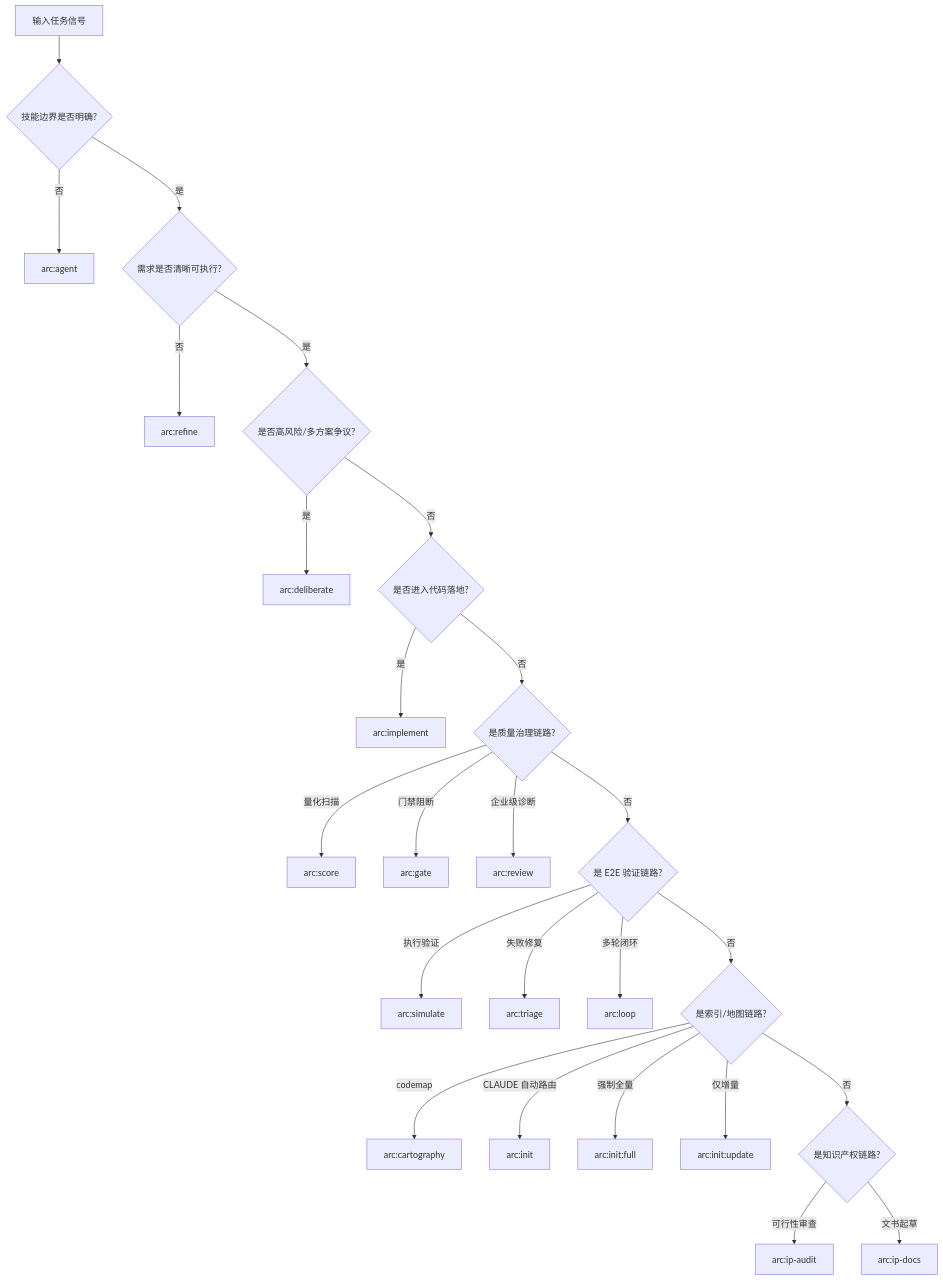
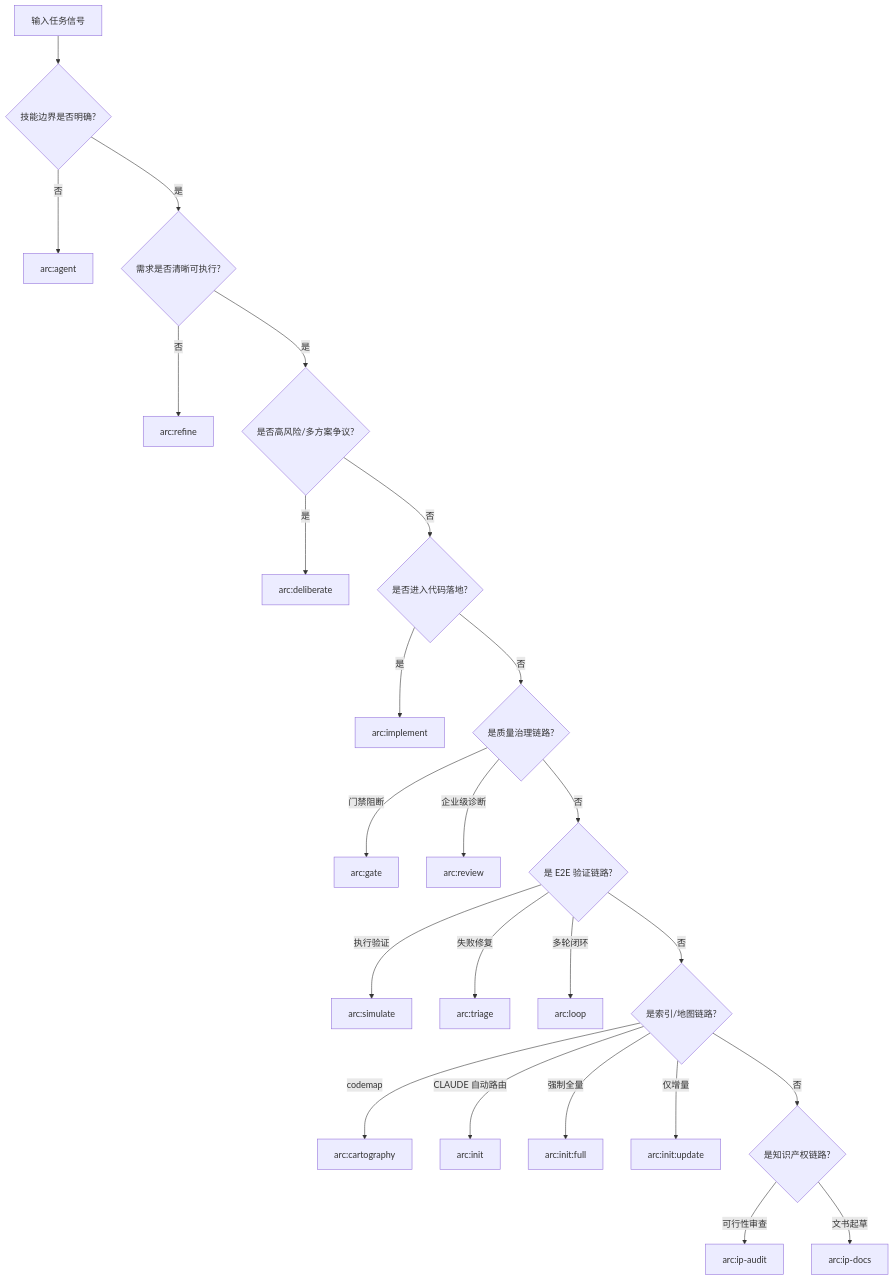
The diagram in docs/arc-routing-matrix.md (iwen-conf/Skills), drawn with Mermaid before and after one commit. The commit also changed other lines of this file and 15 other files, not shown here.

Commit message:
refactor skills to 16 arc core set and merge score into gate

````diff
--- a/docs/arc-routing-matrix.md
+++ b/docs/arc-routing-matrix.md
@@ -28,27 +27,26 @@
 ```mermaid
 flowchart TD
     A["输入任务信号"] --> B{"技能边界是否明确?"}
     B -- "否" --> AG["arc:agent"]
     B -- "是" --> C{"需求是否清晰可执行?"}
     C -- "否" --> RF["arc:refine"]
     C -- "是" --> D{"是否高风险/多方案争议?"}
     D -- "是" --> DL["arc:deliberate"]
     D -- "否" --> E{"是否进入代码落地?"}
     E -- "是" --> IM["arc:implement"]
     E -- "否" --> F{"是质量治理链路?"}
-    F -- "量化扫描" --> SC["arc:score"]
     F -- "门禁阻断" --> GT["arc:gate"]
     F -- "企业级诊断" --> RV["arc:review"]
     F -- "否" --> G{"是 E2E 验证链路?"}
     G -- "执行验证" --> SM["arc:simulate"]
     G -- "失败修复" --> TR["arc:triage"]
     G -- "多轮闭环" --> LP["arc:loop"]
     G -- "否" --> H{"是索引/地图链路?"}
     H -- "codemap" --> CT["arc:cartography"]
     H -- "CLAUDE 自动路由" --> IN["arc:init"]
     H -- "强制全量" --> IF["arc:init:full"]
     H -- "仅增量" --> IU["arc:init:update"]
     H -- "否" --> I{"是知识产权链路?"}
     I -- "可行性审查" --> IA["arc:ip-audit"]
     I -- "文书起草" --> ID["arc:ip-docs"]
 ```
````
